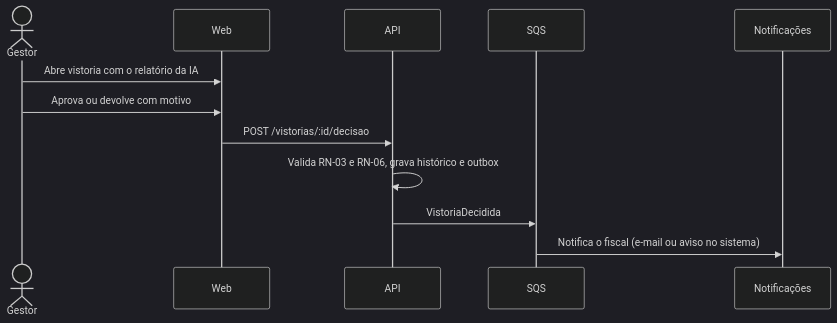
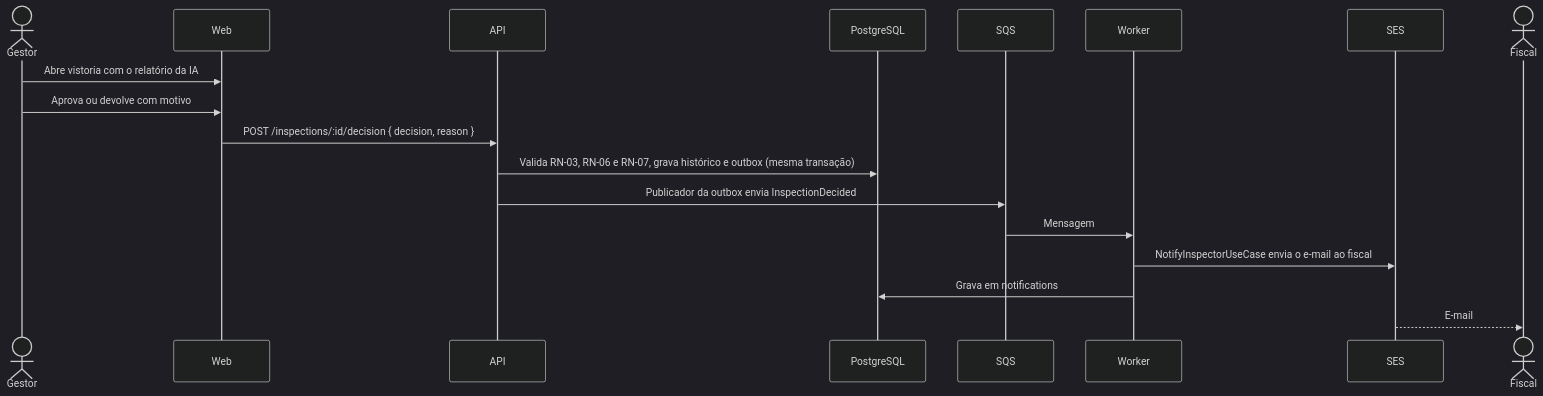
One commit to wandskk/fiscaliza changed the second of 3 diagrams in PROJETO.md. Above: the diagram before and after it, drawn with Mermaid (dark theme). The commit also changed other lines of this file, not shown here.

````diff
--- a/PROJETO.md
+++ b/PROJETO.md
@@ -147,15 +152,21 @@
 ```mermaid
 sequenceDiagram
   actor G as Gestor
   participant W as Web
   participant A as API
+  participant DB as PostgreSQL
   participant Q as SQS
-  participant N as Notificações
+  participant K as Worker
+  participant SES
+  actor F as Fiscal
 
   G->>W: Abre vistoria com o relatório da IA
   G->>W: Aprova ou devolve com motivo
-  W->>A: POST /vistorias/:id/decisao
-  A->>A: Valida RN-03 e RN-06, grava histórico e outbox
-  A->>Q: VistoriaDecidida
-  Q->>N: Notifica o fiscal (e-mail ou aviso no sistema)
+  W->>A: POST /inspections/:id/decision { decision, reason }
+  A->>DB: Valida RN-03, RN-06 e RN-07, grava histórico e outbox (mesma transação)
+  A->>Q: Publicador da outbox envia InspectionDecided
+  Q->>K: Mensagem
+  K->>SES: NotifyInspectorUseCase envia o e-mail ao fiscal
+  K->>DB: Grava em notifications
+  SES-->>F: E-mail
 ```
````
